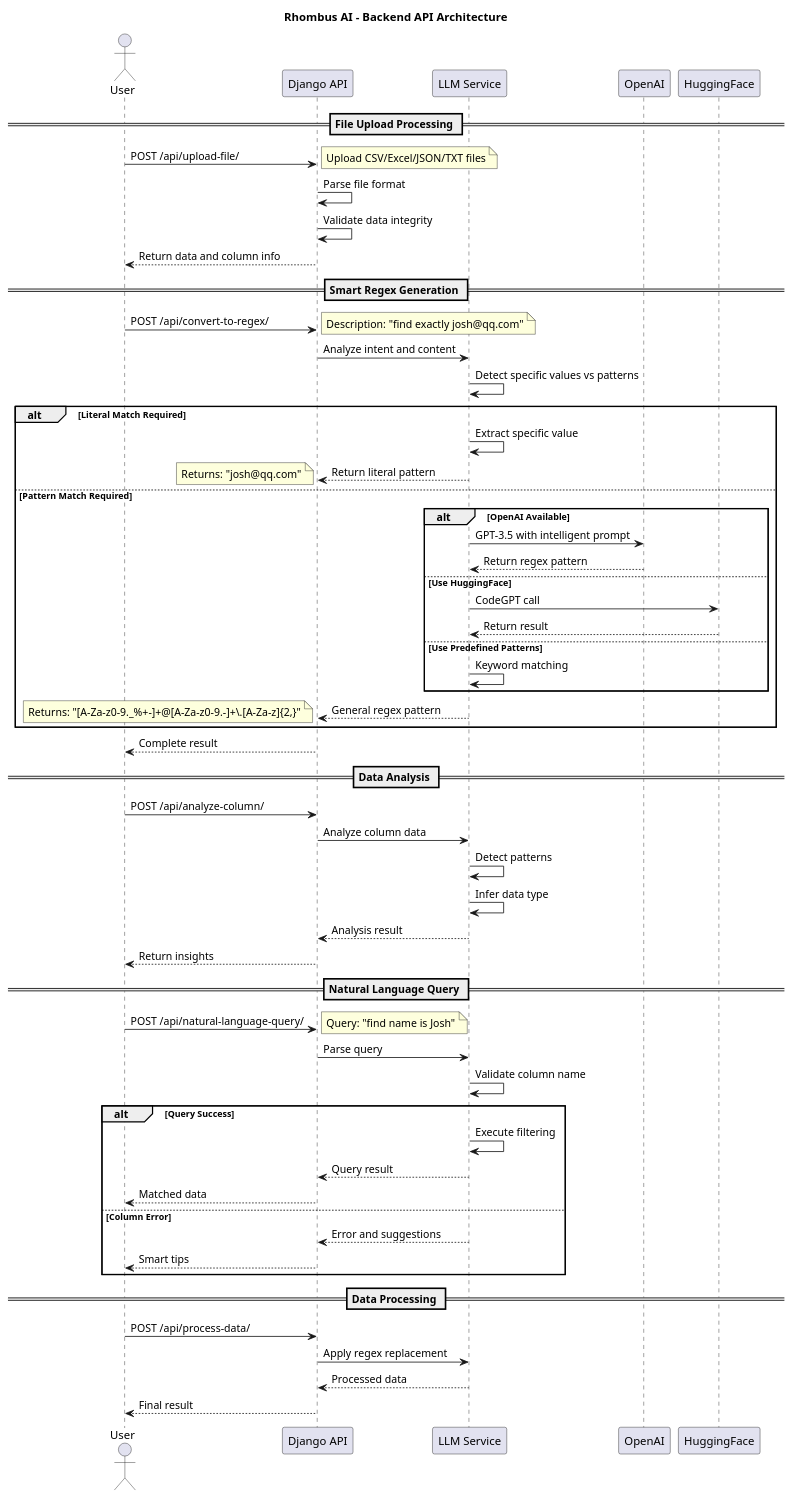
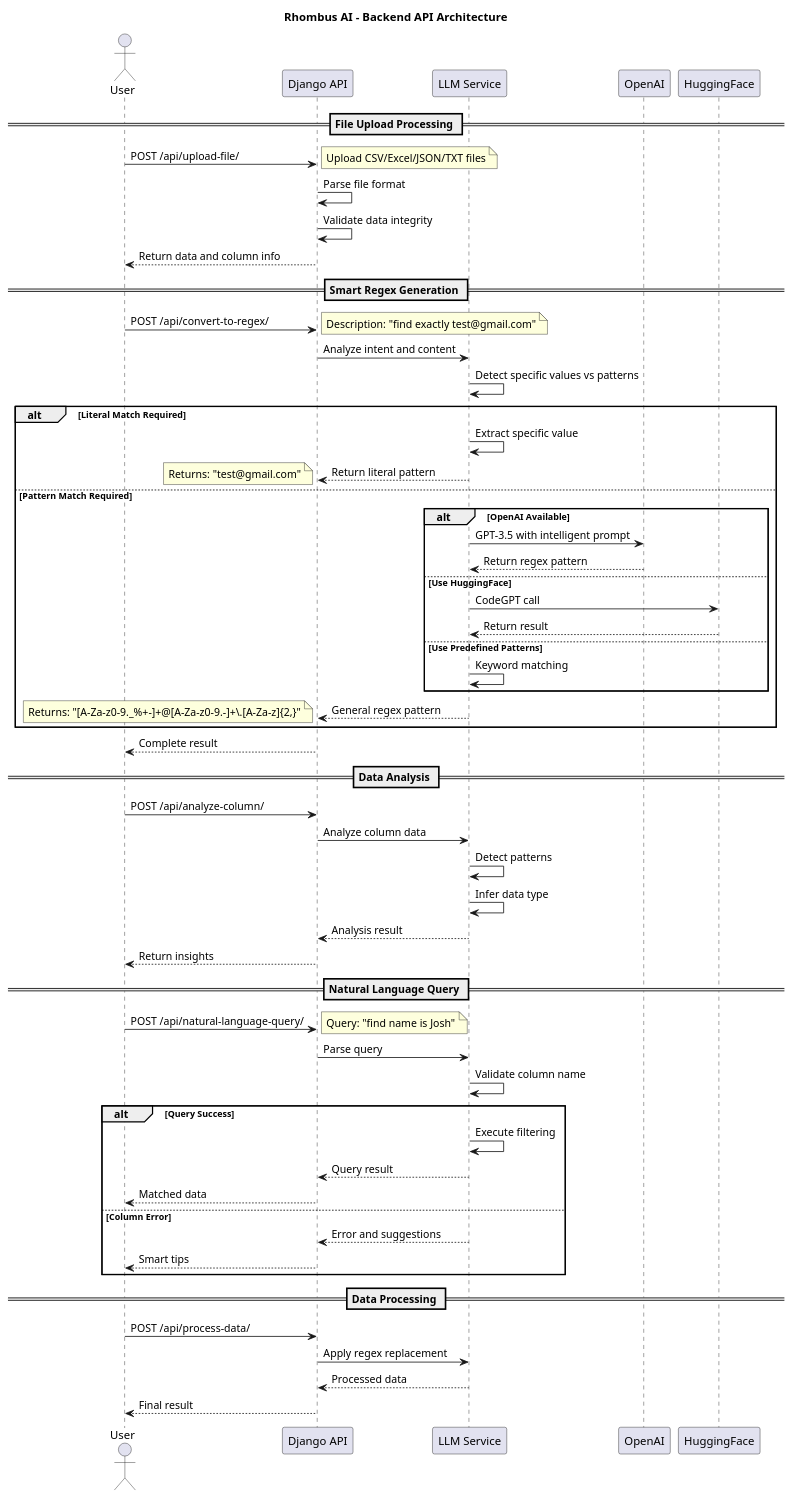
Before and after one commit to Fan111i/Rhombus_AI: the diagram in backend/api_architecture.puml, drawn with PlantUML. The commit also changed 2 other files, not shown here.

```diff
--- a/backend/api_architecture.puml
+++ b/backend/api_architecture.puml
@@ -1,70 +1,70 @@
 @startuml
 title Rhombus AI - Backend API Architecture
 
 
 actor User as User
 participant "Django API" as API
 participant "LLM Service" as LLM
 participant "OpenAI" as OpenAI
 participant "HuggingFace" as HF
 
 == File Upload Processing ==
 User -> API: POST /api/upload-file/
 note right: Upload CSV/Excel/JSON/TXT files
 API -> API: Parse file format
 API -> API: Validate data integrity
 API --> User: Return data and column info
 
 == Smart Regex Generation ==
 User -> API: POST /api/convert-to-regex/
-note right: Description: "find exactly josh@qq.com"
+note right: Description: "find exactly test@gmail.com"
 API -> LLM: Analyze intent and content
 LLM -> LLM: Detect specific values vs patterns
 alt Literal Match Required
     LLM -> LLM: Extract specific value
     LLM --> API: Return literal pattern
-    note left: Returns: "josh@qq.com"
+    note left: Returns: "test@gmail.com"
 else Pattern Match Required
     alt OpenAI Available
         LLM -> OpenAI: GPT-3.5 with intelligent prompt
         OpenAI --> LLM: Return regex pattern
     else Use HuggingFace
         LLM -> HF: CodeGPT call
         HF --> LLM: Return result
     else Use Predefined Patterns
         LLM -> LLM: Keyword matching
     end
     LLM --> API: General regex pattern
     note left: Returns: "[A-Za-z0-9._%+-]+@[A-Za-z0-9.-]+\\.[A-Za-z]{2,}"
 end
 API --> User: Complete result
 
 == Data Analysis ==
 User -> API: POST /api/analyze-column/
 API -> LLM: Analyze column data
 LLM -> LLM: Detect patterns
 LLM -> LLM: Infer data type
 LLM --> API: Analysis result
 API --> User: Return insights
 
 == Natural Language Query ==
 User -> API: POST /api/natural-language-query/
 note right: Query: "find name is Josh"
 API -> LLM: Parse query
 LLM -> LLM: Validate column name
 alt Query Success
     LLM -> LLM: Execute filtering
     LLM --> API: Query result
     API --> User: Matched data
 else Column Error
     LLM --> API: Error and suggestions
     API --> User: Smart tips
 end
 
 == Data Processing ==
 User -> API: POST /api/process-data/
 API -> LLM: Apply regex replacement
 LLM --> API: Processed data
 API --> User: Final result
 
 @enduml
```
